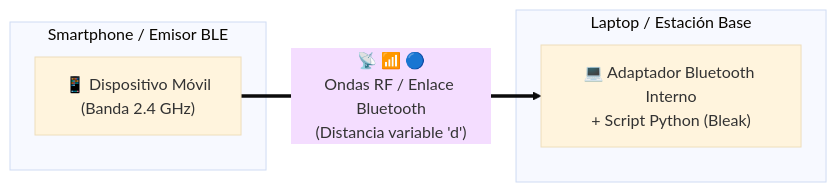
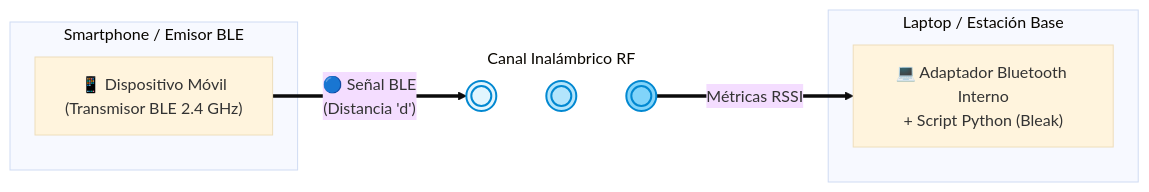
The diagram in docs/pia_propuesta_h2.md (victoria-trevinom/ble_link_sec), drawn with Mermaid (base theme) before and after one commit. The commit also changed other lines of this file, not shown here.

Commit message:
Revise BLE link assembly diagram and description
Updated the diagram for the BLE link assembly to clarify device roles and signal flow.

````diff
--- a/docs/pia_propuesta_h2.md
+++ b/docs/pia_propuesta_h2.md
@@ -36,12 +38,25 @@
 ```mermaid
 flowchart LR
     subgraph Emisor [Smartphone / Emisor BLE]
-        A["📱 Dispositivo Móvil<br/>(Banda 2.4 GHz)"]
+        A["📱 Dispositivo Móvil<br/>(Transmisor BLE 2.4 GHz)"]
     end
 
-    A ==>|"📡 📶 🔵<br/>Ondas RF / Enlace Bluetooth<br/>(Distancia variable 'd')"| B
+    subgraph Canal [Canal Inalámbrico RF]
+        C1((( )))
+        C2((( )))
+        C3((( )))
+    end
 
     subgraph Receptor [Laptop / Estación Base]
         B["💻 Adaptador Bluetooth Interno<br/>+ Script Python (Bleak)"]
     end
+
+    A ==>|"🔵 Señal BLE<br/>(Distancia 'd')"| C1
+    C1 ~~~ C2 ~~~ C3
+    C3 ==>|"Métricas RSSI"| B
+
+    style Canal fill:transparent,stroke:none
+    style C1 fill:#e1f5fe,stroke:#0288d1,stroke-width:2px
+    style C2 fill:#b3e5fc,stroke:#0288d1,stroke-width:2px
+    style C3 fill:#81d4fa,stroke:#0288d1,stroke-width:2px
 ```
````
